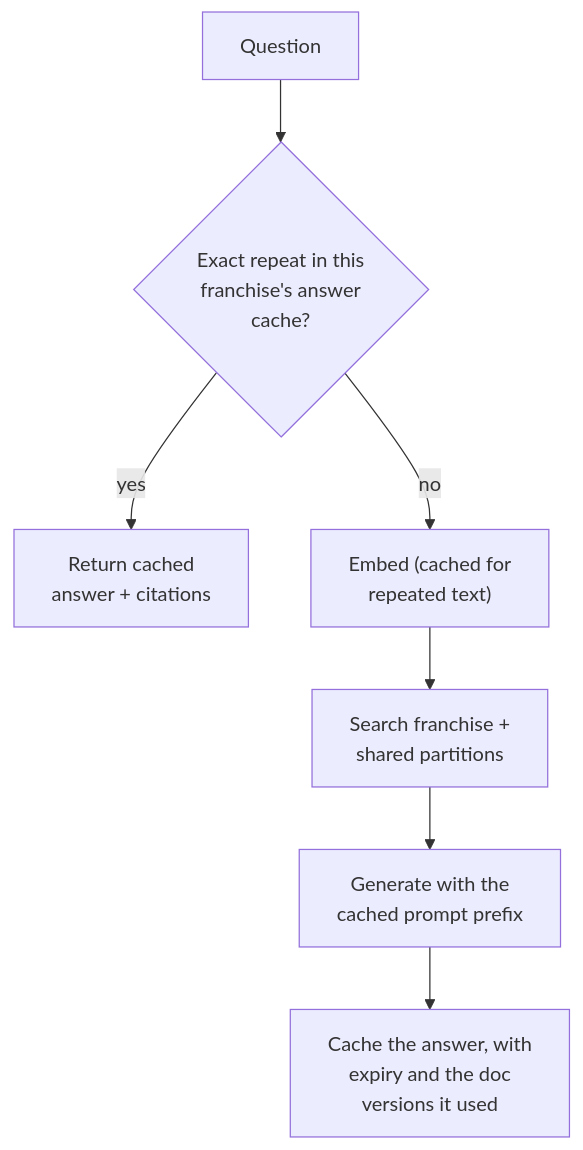
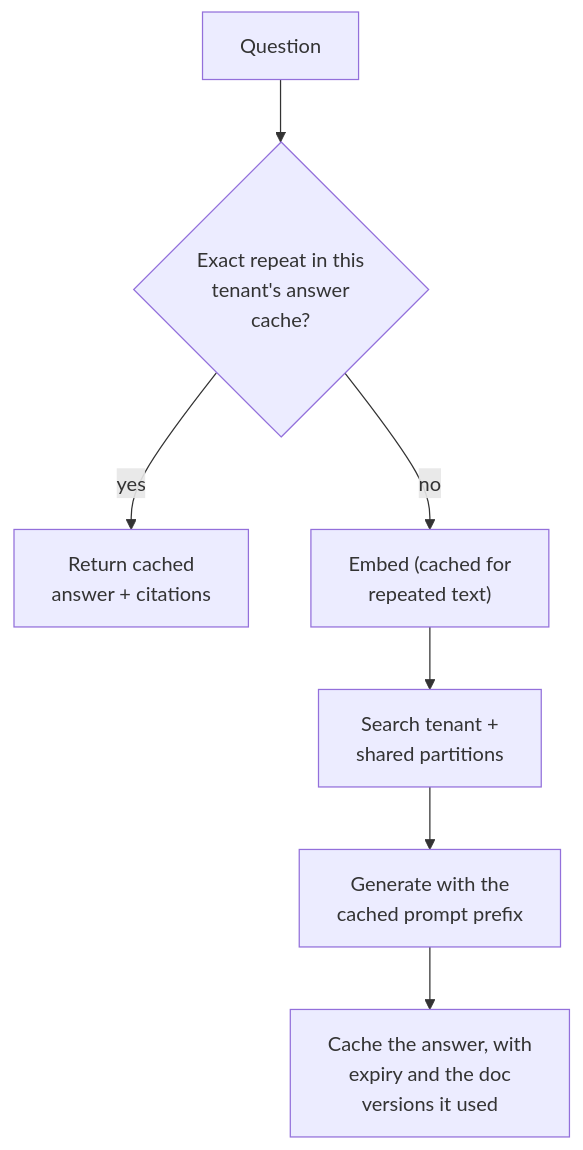
The fifth of 9 diagrams in src/Data/aiStackDocs/CH-10.md (shubamchaudhary/CodeNITW), drawn with Mermaid before and after one commit. The commit also changed other lines of this file and 32 other files, not shown here.

````diff
--- a/src/Data/aiStackDocs/CH-10.md
+++ b/src/Data/aiStackDocs/CH-10.md
@@ -114,9 +114,9 @@
 ```mermaid
 flowchart TB
-    Q["Question"] --> C1{"Exact repeat in this<br/>franchise's answer<br/>cache?"}
+    Q["Question"] --> C1{"Exact repeat in this<br/>tenant's answer<br/>cache?"}
     C1 -->|"yes"| A1["Return cached<br/>answer + citations"]
     C1 -->|"no"| C2["Embed (cached for<br/>repeated text)"]
-    C2 --> S["Search franchise +<br/>shared partitions"]
+    C2 --> S["Search tenant +<br/>shared partitions"]
     S --> G["Generate with the<br/>cached prompt prefix"]
     G --> W["Cache the answer, with<br/>expiry and the doc<br/>versions it used"]
 ```
````
